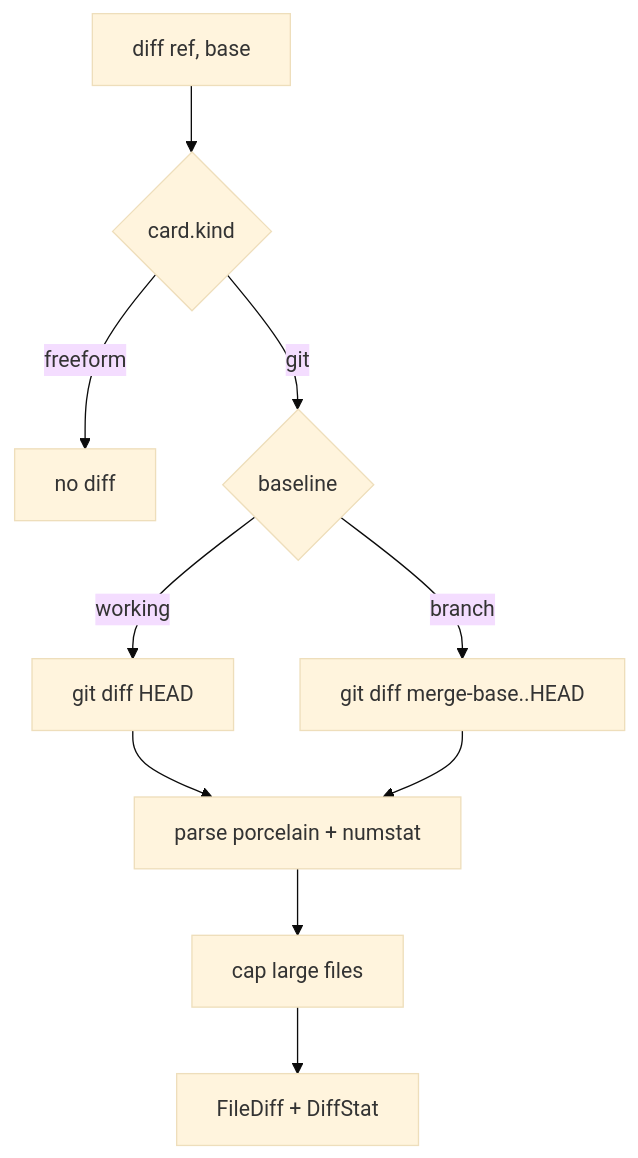
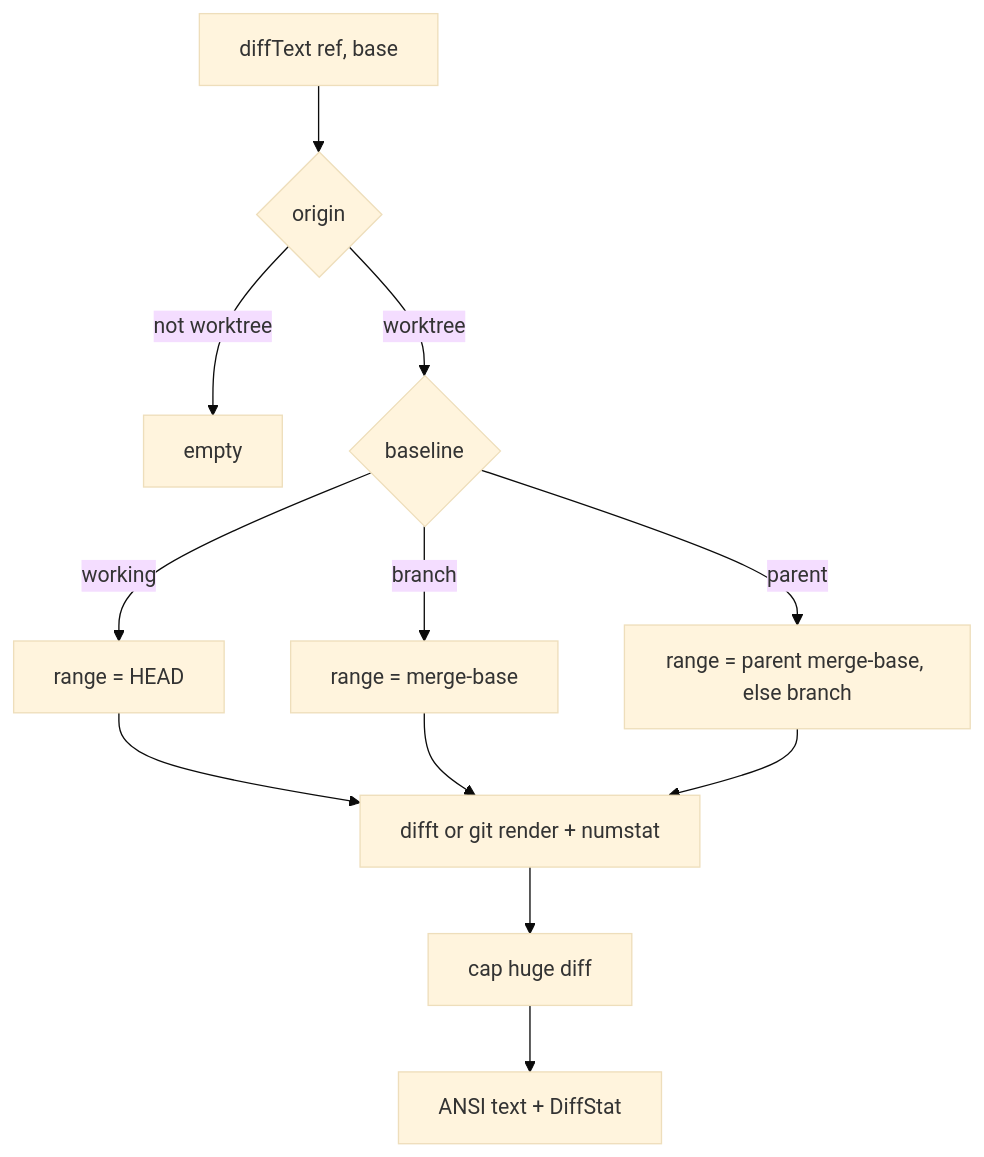
One commit to PeiAllen/claude-kanban changed the second of 2 diagrams in notes/designs/code-review-on-board/01-design.md. Above: the diagram before and after it, drawn with Mermaid (base theme). The commit also changed other lines of this file and 22 other files, not shown here.

````diff
--- a/notes/designs/code-review-on-board/01-design.md
+++ b/notes/designs/code-review-on-board/01-design.md
@@ -114,11 +113,13 @@
 ```mermaid
 flowchart TD
-    Req[diff ref, base] --> K{card.kind}
-    K -->|freeform| None[no diff]
-    K -->|git| Base{baseline}
-    Base -->|working| H[git diff HEAD]
-    Base -->|branch| M[git diff merge-base..HEAD]
-    H --> P[parse porcelain + numstat]
-    M --> P
-    P --> Cap[cap large files] --> Out[FileDiff + DiffStat]
+    Req[diffText ref, base] --> K{origin}
+    K -->|not worktree| None[empty]
+    K -->|worktree| Base{baseline}
+    Base -->|working| H[range = HEAD]
+    Base -->|branch| M[range = merge-base]
+    Base -->|parent| Pp[range = parent merge-base, else branch]
+    H --> R[difft or git render + numstat]
+    M --> R
+    Pp --> R
+    R --> Cap[cap huge diff] --> Out[ANSI text + DiffStat]
 ```
````
